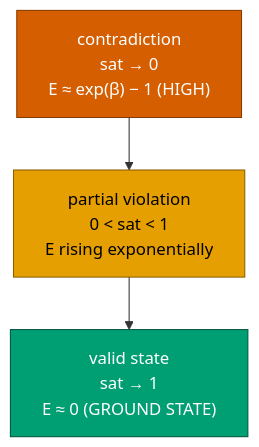
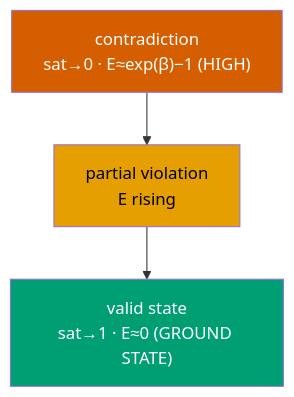
The first of 2 diagrams in PAPER.md (joperjoker/Project-ThermoLogic), drawn with Mermaid before and after one commit. The commit also changed other lines of this file and 2 other files, not shown here.

````diff
--- a/PAPER.md
+++ b/PAPER.md
@@ -184,10 +128,7 @@
 ```mermaid
 flowchart TB
-    A["contradiction<br/>sat → 0<br/>E ≈ exp(β) − 1  (HIGH)"]:::hot
-    B["partial violation<br/>0 < sat < 1<br/>E rising exponentially"]:::warm
-    C["valid state<br/>sat → 1<br/>E ≈ 0  (GROUND STATE)"]:::cold
-    A --> B --> C
-    classDef hot fill:#D55E00,color:#fff,stroke:#873c00
-    classDef warm fill:#E69F00,color:#000,stroke:#8a5f00
-    classDef cold fill:#009E73,color:#fff,stroke:#00543d
+    A["contradiction<br/>sat→0 · E≈exp(β)−1 (HIGH)"]:::hot --> B["partial violation<br/>E rising"]:::warm --> C["valid state<br/>sat→1 · E≈0 (GROUND STATE)"]:::cold
+    classDef hot fill:#D55E00,color:#fff
+    classDef warm fill:#E69F00,color:#000
+    classDef cold fill:#009E73,color:#fff
 ```
````
